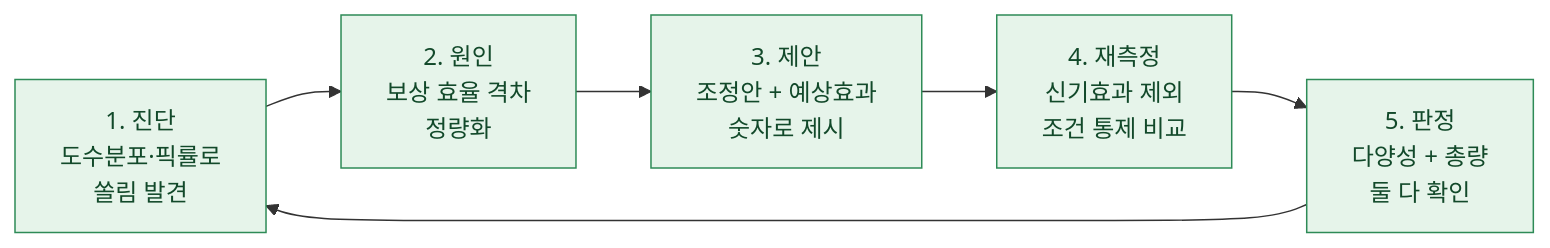
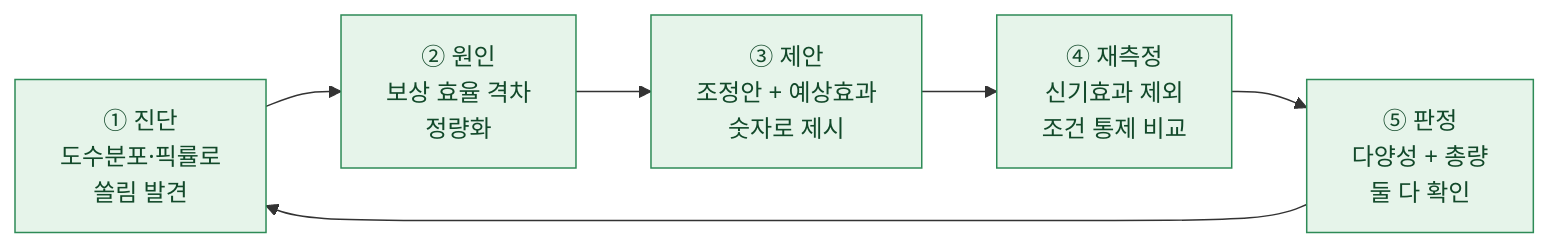
Before and after one commit to DBhyeong/DBhyeong.github.io: the third of 3 diagrams in content/blog/balance-improvement-cycle-usage-rate.md, drawn with Mermaid. The commit also changed 1 other file, not shown here.

Commit message:
blog: mermaid 렌더깨짐 추가 수정 — 미따옴표 라벨 list 트리거 15건 + angle 1건
라이브 렌더 검증에서 발각: 1차 수정(따옴표 라벨만)이 놓친 미따옴표
브래킷 라벨 [N. ...] 트리거를 balance-improvement(5)·harness(10)에서 추가 적발.
harness rhombus 라벨 cap<MAX? → cap＜MAX?. sequenceDiagram fetch_page(1)은
함수인자라 오탐 제외(변환 안 함).

````diff
--- a/content/blog/balance-improvement-cycle-usage-rate.md
+++ b/content/blog/balance-improvement-cycle-usage-rate.md
@@ -124,10 +124,10 @@
 ```mermaid
 flowchart LR
-    A[1. 진단<br/>도수분포·픽률로<br/>쏠림 발견] --> B[2. 원인<br/>보상 효율 격차<br/>정량화]
-    B --> C[3. 제안<br/>조정안 + 예상효과<br/>숫자로 제시]
-    C --> D[4. 재측정<br/>신기효과 제외<br/>조건 통제 비교]
-    D --> E[5. 판정<br/>다양성 + 총량<br/>둘 다 확인]
+    A[① 진단<br/>도수분포·픽률로<br/>쏠림 발견] --> B[② 원인<br/>보상 효율 격차<br/>정량화]
+    B --> C[③ 제안<br/>조정안 + 예상효과<br/>숫자로 제시]
+    C --> D[④ 재측정<br/>신기효과 제외<br/>조건 통제 비교]
+    D --> E[⑤ 판정<br/>다양성 + 총량<br/>둘 다 확인]
     E --> A
     classDef step fill:#e6f4ea,color:#12492a,stroke:#2e8b57
     class A,B,C,D,E step
 ```
````
